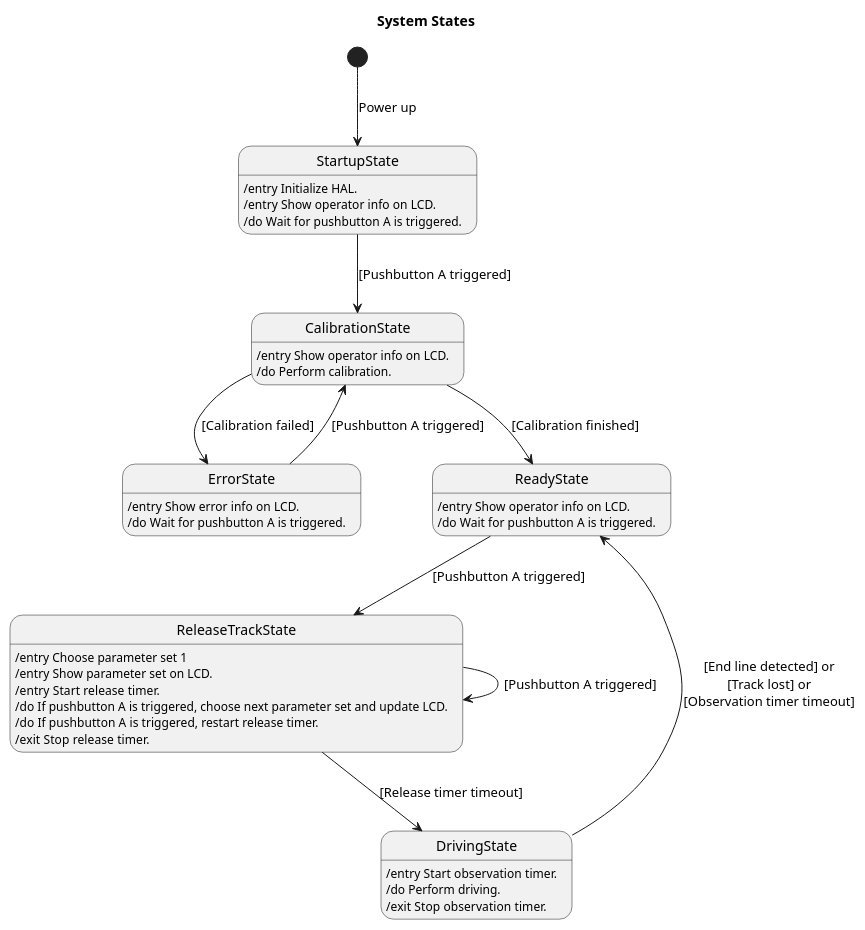
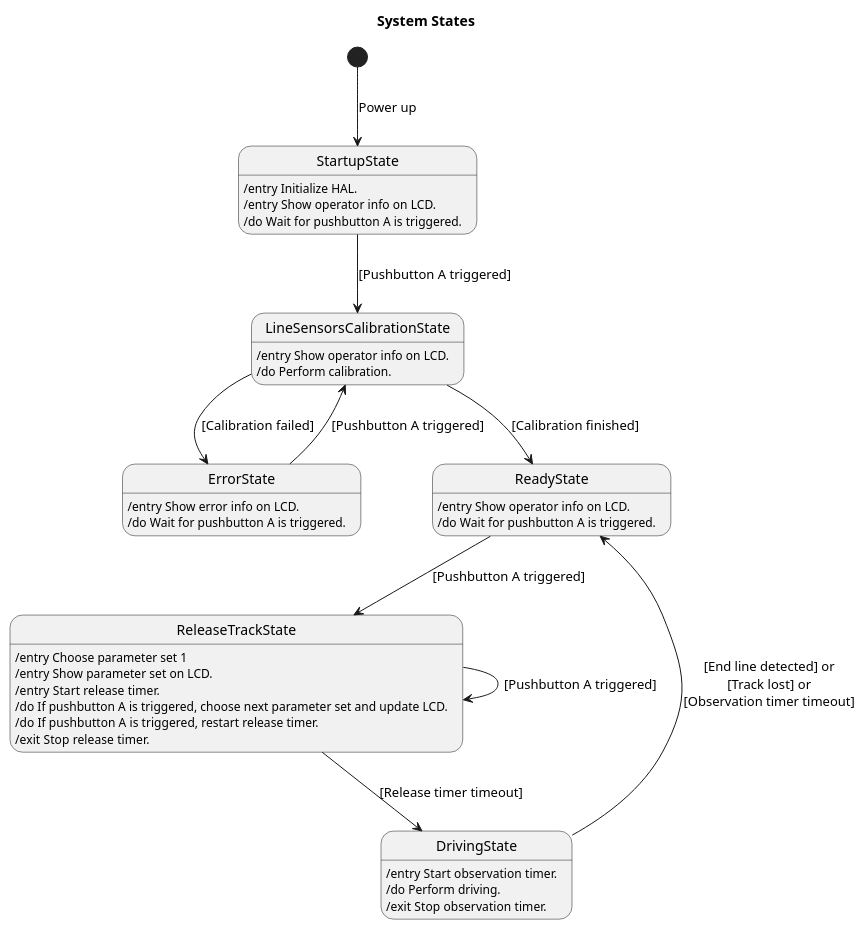
Before and after one commit to BlueAndi/RadonUlzer: the diagram in doc/architecture/uml/ProcessView/SystemStates2.plantuml, drawn with PlantUML. The commit also changed 16 other files, not shown here.

Commit message:
Relative encoder replaces the previous RelativeEncoders for simplicity. Line sensor calibration refactored.

```diff
--- a/doc/architecture/uml/ProcessView/SystemStates2.plantuml
+++ b/doc/architecture/uml/ProcessView/SystemStates2.plantuml
@@ -1,39 +1,39 @@
 @startuml
 
 title System States
 
 state StartupState: /entry Initialize HAL.
 state StartupState: /entry Show operator info on LCD.
 state StartupState: /do Wait for pushbutton A is triggered.
 
-state CalibrationState: /entry Show operator info on LCD.
-state CalibrationState: /do Perform calibration.
+state LineSensorsCalibrationState: /entry Show operator info on LCD.
+state LineSensorsCalibrationState: /do Perform calibration.
 
 state ErrorState: /entry Show error info on LCD.
 state ErrorState: /do Wait for pushbutton A is triggered.
 
 state ReadyState: /entry Show operator info on LCD.
 state ReadyState: /do Wait for pushbutton A is triggered.
 
 state ReleaseTrackState: /entry Choose parameter set 1
 state ReleaseTrackState: /entry Show parameter set on LCD.
 state ReleaseTrackState: /entry Start release timer.
 state ReleaseTrackState: /do If pushbutton A is triggered, choose next parameter set and update LCD.
 state ReleaseTrackState: /do If pushbutton A is triggered, restart release timer.
 state ReleaseTrackState: /exit Stop release timer.
 
 state DrivingState: /entry Start observation timer.
 state DrivingState: /do Perform driving.
 state DrivingState: /exit Stop observation timer.
 
 [*] --> StartupState: Power up
-StartupState --> CalibrationState: [Pushbutton A triggered]
-CalibrationState --> ReadyState: [Calibration finished]
-CalibrationState --> ErrorState: [Calibration failed]
+StartupState --> LineSensorsCalibrationState: [Pushbutton A triggered]
+LineSensorsCalibrationState --> ReadyState: [Calibration finished]
+LineSensorsCalibrationState --> ErrorState: [Calibration failed]
 ReadyState --> ReleaseTrackState: [Pushbutton A triggered]
 ReleaseTrackState --> DrivingState: [Release timer timeout]
 ReleaseTrackState --> ReleaseTrackState: [Pushbutton A triggered]
 DrivingState --> ReadyState: [End line detected] or\n[Track lost] or\n[Observation timer timeout]
-ErrorState --> CalibrationState: [Pushbutton A triggered]
+ErrorState --> LineSensorsCalibrationState: [Pushbutton A triggered]
 
 @enduml
```
